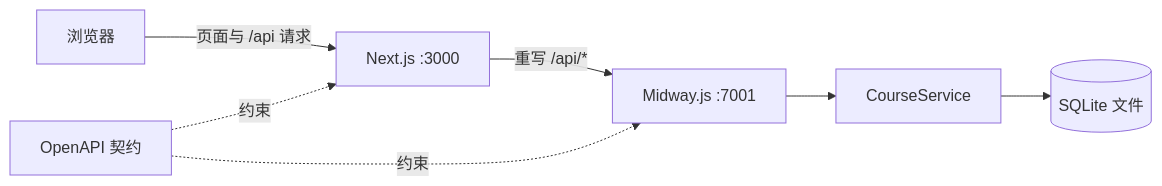
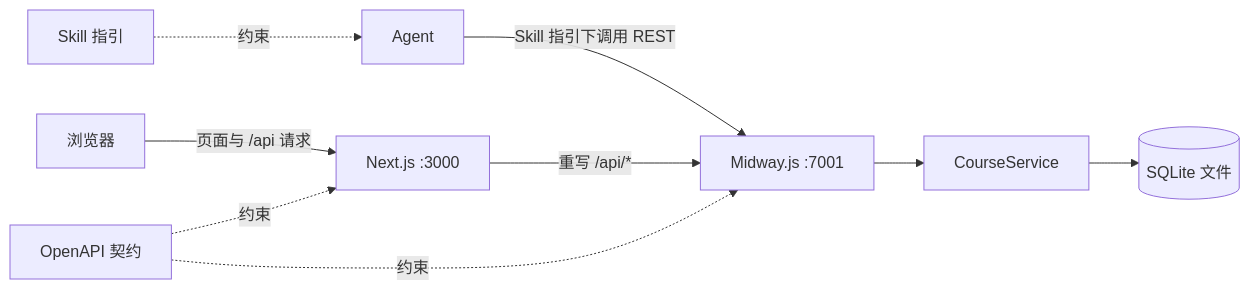
The diagram in docs/architecture.md (235826/webdevnju), drawn with Mermaid before and after one commit. The commit also changed other lines of this file and 24 other files, not shown here.

````diff
--- a/docs/architecture.md
+++ b/docs/architecture.md
@@ -3,9 +3,11 @@
 ```mermaid
 flowchart LR
   Browser["浏览器"] -->|"页面与 /api 请求"| Next["Next.js :3000"]
-  Next -->|"重写 /api/*"| Midway["Midway.js :7001"]
+  Agent["Agent"] -->|"Skill 指引下调用 REST"| Midway["Midway.js :7001"]
+  Next -->|"重写 /api/*"| Midway
   Midway --> Service["CourseService"]
   Service --> SQLite[("SQLite 文件")]
   Contract["OpenAPI 契约"] -.约束.-> Next
   Contract -.约束.-> Midway
+  Skill["Skill 指引"] -.约束.-> Agent
 ```
````
